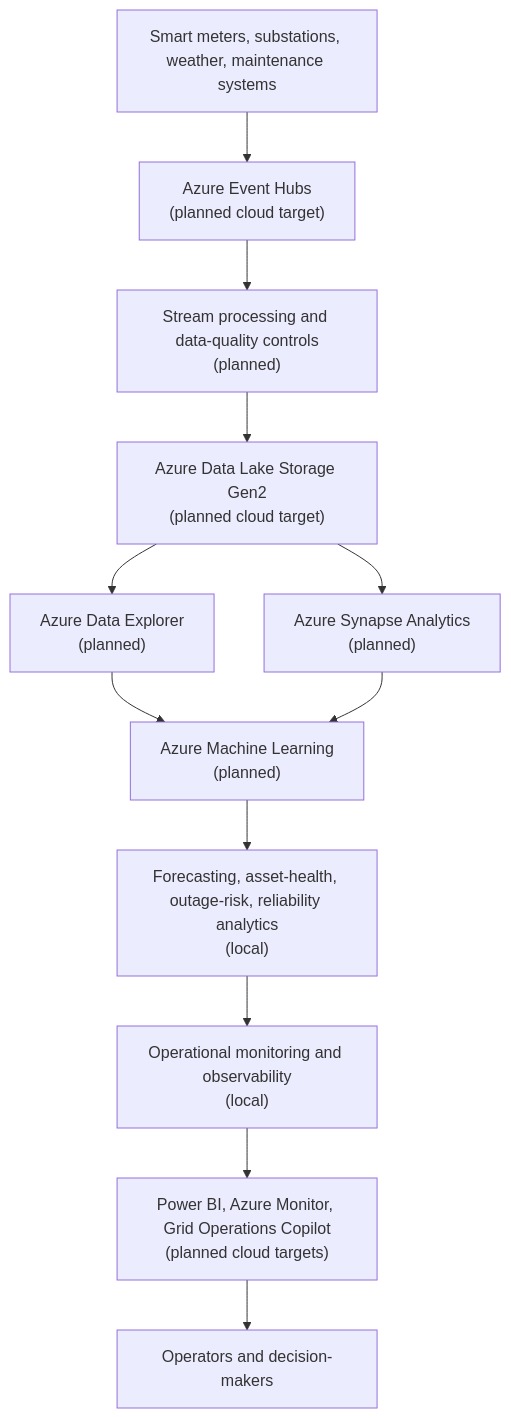
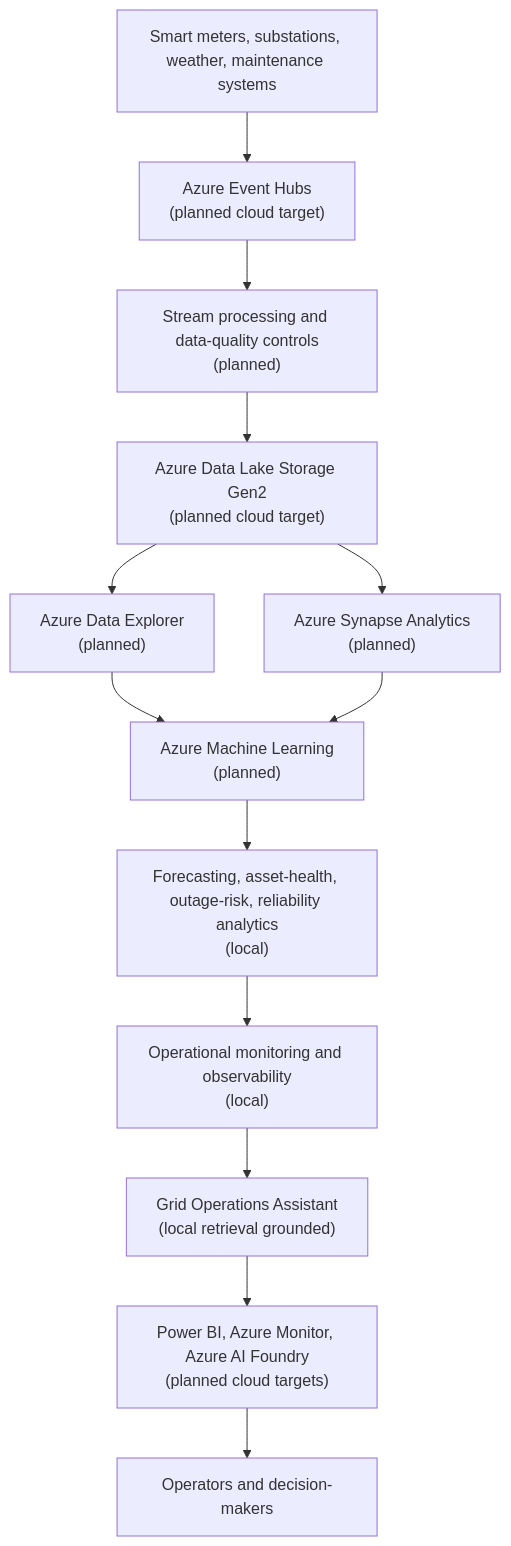
The diagram in README.md (Ibraheemolasupogit/azure-grid-reliability-intelligence-platform), drawn with Mermaid before and after one commit. The commit also changed other lines of this file and 39 other files, not shown here.

Commit message:
Add grounded grid operations assistant

````diff
--- a/README.md
+++ b/README.md
@@ -28,21 +28,22 @@
 ```mermaid
 flowchart TD
     sources["Smart meters, substations, weather, maintenance systems"]
     event_hubs["Azure Event Hubs<br/>(planned cloud target)"]
     stream["Stream processing and data-quality controls<br/>(planned)"]
     lake["Azure Data Lake Storage Gen2<br/>(planned cloud target)"]
     adx["Azure Data Explorer<br/>(planned)"]
     synapse["Azure Synapse Analytics<br/>(planned)"]
     aml["Azure Machine Learning<br/>(planned)"]
     intelligence["Forecasting, asset-health, outage-risk, reliability analytics<br/>(local)"]
     monitoring["Operational monitoring and observability<br/>(local)"]
-    operations["Power BI, Azure Monitor, Grid Operations Copilot<br/>(planned cloud targets)"]
+    assistant["Grid Operations Assistant<br/>(local retrieval grounded)"]
+    operations["Power BI, Azure Monitor, Azure AI Foundry<br/>(planned cloud targets)"]
     users["Operators and decision-makers"]
 
     sources --> event_hubs --> stream --> lake
     lake --> adx
     lake --> synapse
     adx --> aml
     synapse --> aml
-    aml --> intelligence --> monitoring --> operations --> users
+    aml --> intelligence --> monitoring --> assistant --> operations --> users
 ```
````
